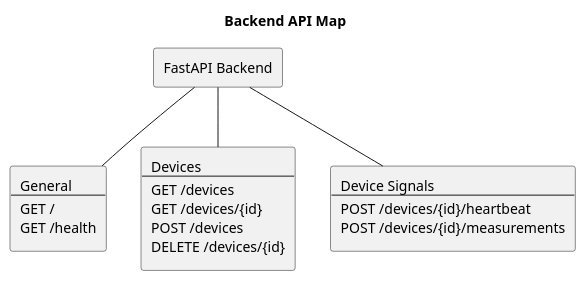
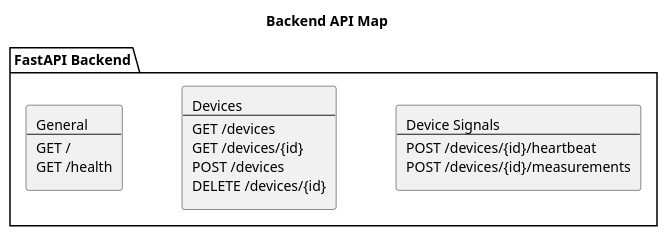
One commit to bobskefeurat/iot-device-platform changed the diagram in development_documents/diagrams/backend/backend_api_map.puml. Above: the diagram before and after it, drawn with PlantUML.

Commit message:
docs: corrected corrupted backend_api_map

```diff
--- a/development_documents/diagrams/backend/backend_api_map.puml
+++ b/development_documents/diagrams/backend/backend_api_map.puml
@@ -1,15 +1,16 @@
 @startuml backend_api_map
 skinparam style strictuml
 title "Backend API Map"
 
-rectangle "FastAPI Backend" as backend
+left to right direction
 
-rectangle "General\n--\nGET /\nGET /health" as general
-rectangle "Devices\n--\nGET /devices\nGET /devices/{id}\nPOST /devices\nDELETE /devices/{id}" as devices
-rectangle "Device Signals\n--\nPOST /devices/{id}/heartbeat\nPOST /devices/{id}/measurements" as signals
+package "FastAPI Backend" {
+  rectangle "General\n--\nGET /\nGET /health" as general
+  rectangle "Devices\n--\nGET /devices\nGET /devices/{id}\nPOST /devices\nDELETE /devices/{id}" as devices
+  rectangle "Device Signals\n--\nPOST /devices/{id}/heartbeat\nPOST /devices/{id}/measurements" as signals
 
-backend -- general
-backend -- devices
-backend -- signals
+  general -[hidden]-> devices
+  devices -[hidden]-> signals
+}
 
 @enduml
```
